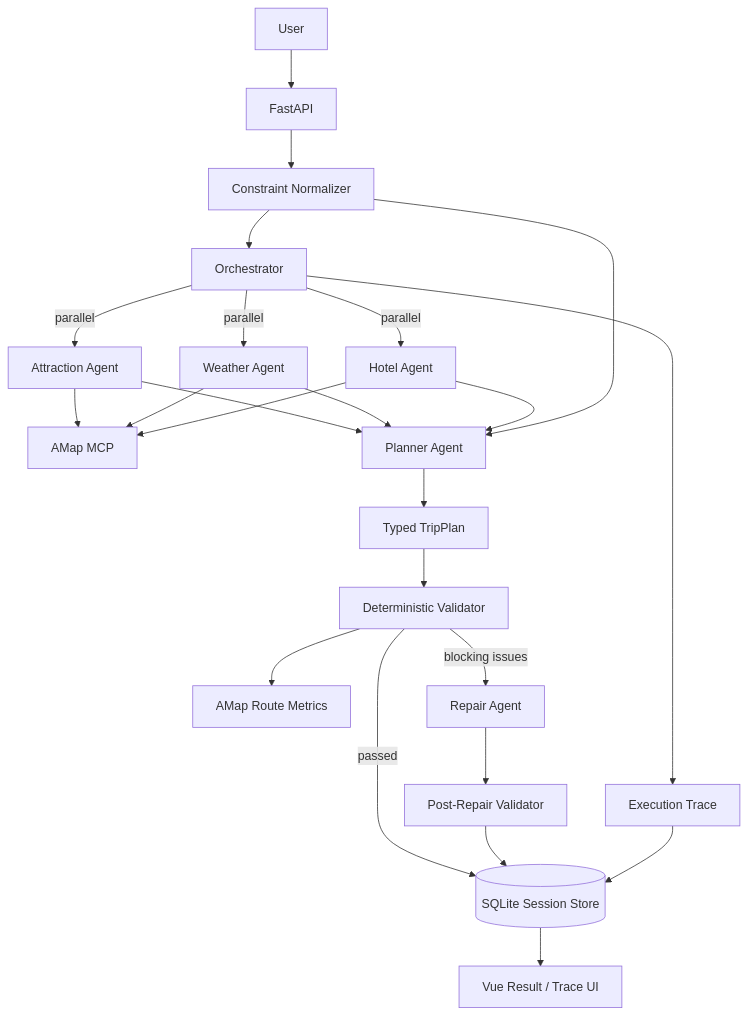
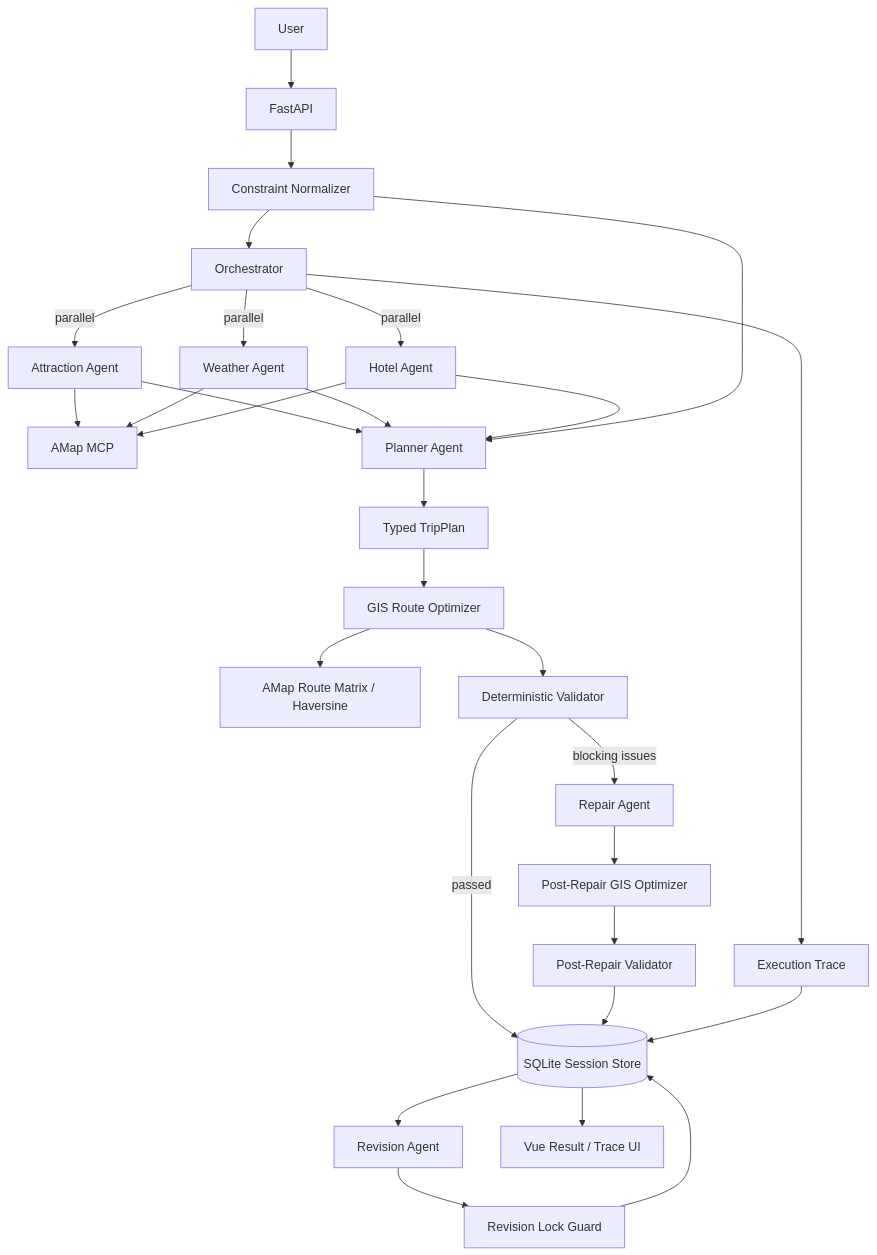
Before and after one commit to geomini1989-cpu/helloagents-trip-planner: the diagram in README.md, drawn with Mermaid. The commit also changed other lines of this file, not shown here.

Commit message:
docs: document GIS optimizer and persistent revision locks

````diff
--- a/README.md
+++ b/README.md
@@ -28,32 +31,38 @@
 ```mermaid
 flowchart TD
     U[User] --> API[FastAPI]
     API --> C[Constraint Normalizer]
     C --> O[Orchestrator]
 
     O -->|parallel| A[Attraction Agent]
     O -->|parallel| W[Weather Agent]
     O -->|parallel| H[Hotel Agent]
 
     A --> MCP[AMap MCP]
     W --> MCP
     H --> MCP
 
     A --> P[Planner Agent]
     W --> P
     H --> P
     C --> P
 
     P --> T[Typed TripPlan]
-    T --> V[Deterministic Validator]
-    V --> RTE[AMap Route Metrics]
+    T --> GIS[GIS Route Optimizer]
+    GIS --> RM[AMap Route Matrix / Haversine]
+    GIS --> V[Deterministic Validator]
 
     V -->|passed| DB[(SQLite Session Store)]
     V -->|blocking issues| R[Repair Agent]
-    R --> V2[Post-Repair Validator]
+    R --> GIS2[Post-Repair GIS Optimizer]
+    GIS2 --> V2[Post-Repair Validator]
     V2 --> DB
+
+    DB --> REV[Revision Agent]
+    REV --> LG[Revision Lock Guard]
+    LG --> DB
 
     O --> TRACE[Execution Trace]
     TRACE --> DB
     DB --> FE[Vue Result / Trace UI]
 ```
````
